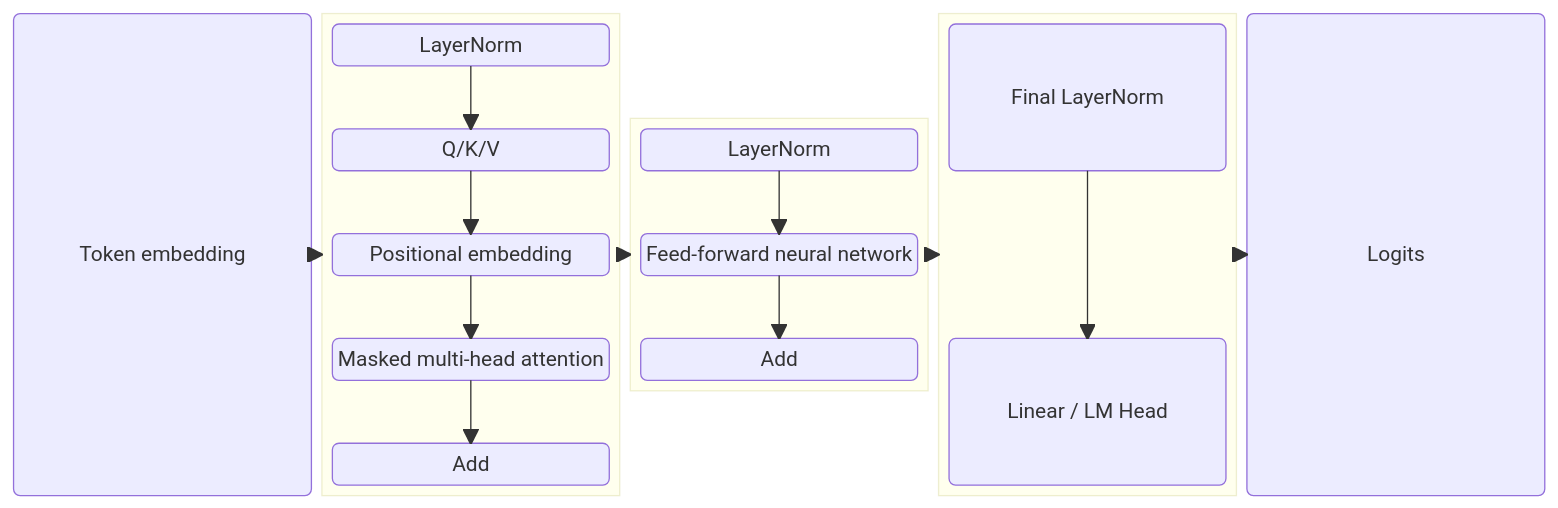
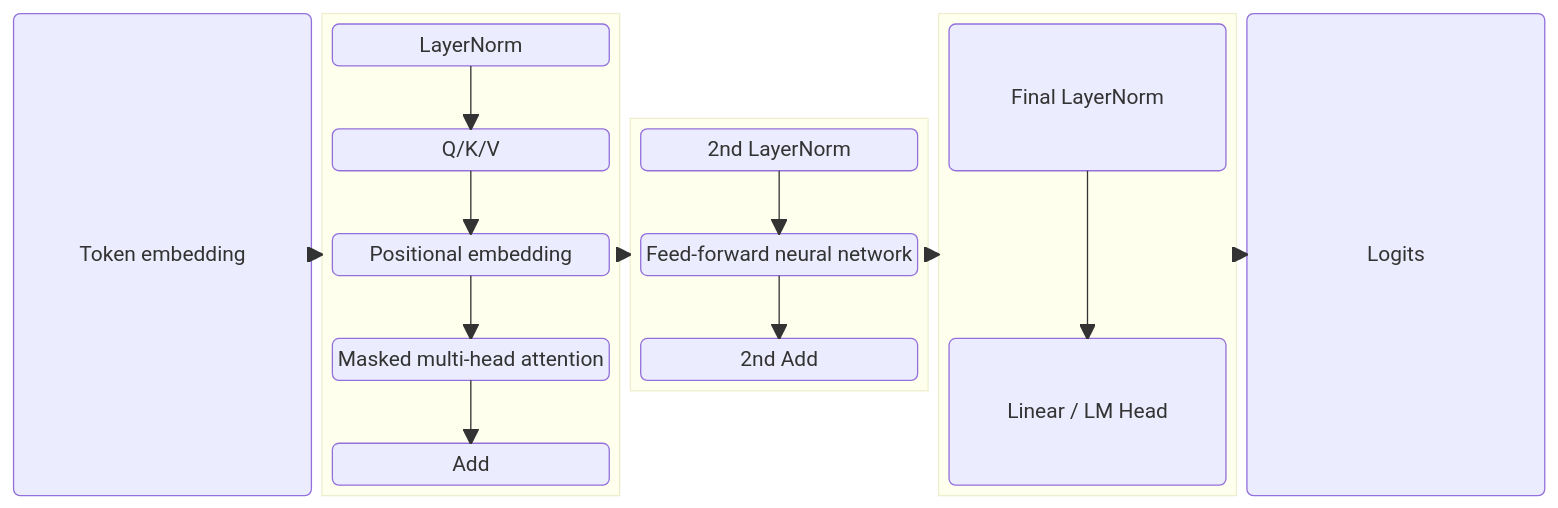
Diagram 19 of 22 in index.md (ChrisZhu2050/chriszhu2050.github.io), drawn with Mermaid before and after one commit. The commit also changed other lines of this file, not shown here.

````diff
--- a/index.md
+++ b/index.md
@@ -532,45 +532,45 @@
       ```mermaid
           block
           columns 5
 
             a("Token embedding")
             
 
           block:group2:1
             columns 1
             c1("LayerNorm") space
             b1("Q/K/V") space
             b("Positional embedding") space
             c2("Masked multi-head attention") space
             c3("Add")
           end
           block:group3:1
             columns 1
-            d("LayerNorm") space
+            d("2nd LayerNorm") space
             e("Feed-forward neural network") space
-            h("Add")
+            h("2nd Add")
           end
           block:group4:1
             columns 1
             f("Final LayerNorm") space
             g("Linear / LM Head")
 
           end
           
             z("Logits")
           
 
           c1 --> b1
           b1 --> b
           b --> c2
           c2 --> c3
           d --> e
           e --> h
           f --> g
 
           a --> group2
           group2 --> group3
           group3 --> group4
           group4 --> z
 
       ```  
````
